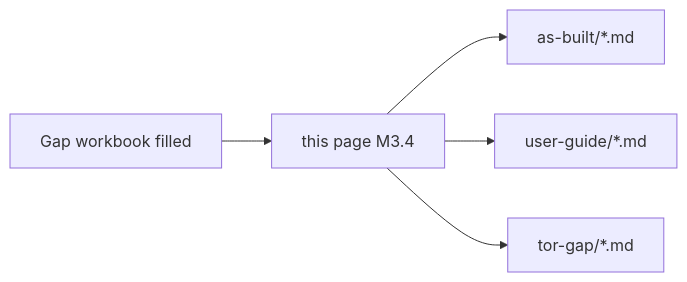
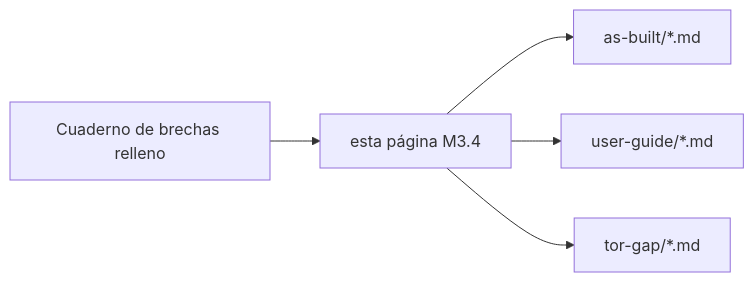
The diagram in docs/tor-gap/documentation-roadmap-from-gaps.md (13g4d0/docu-es), drawn with Mermaid before and after one commit. The commit also changed other lines of this file and 38 other files, not shown here.

````diff
--- a/docs/tor-gap/documentation-roadmap-from-gaps.md
+++ b/docs/tor-gap/documentation-roadmap-from-gaps.md
@@ -29,13 +29,13 @@
 ```mermaid
 flowchart LR
-  WB[Gap workbook filled]
-  ROAD[this page M3.4]
+  WB[Cuaderno de brechas relleno]
+  ROAD[esta página M3.4]
   ASB[as-built/*.md]
   UG[user-guide/*.md]
   TG[tor-gap/*.md]
 
   WB --> ROAD
   ROAD --> ASB
   ROAD --> UG
   ROAD --> TG
 ```
````
